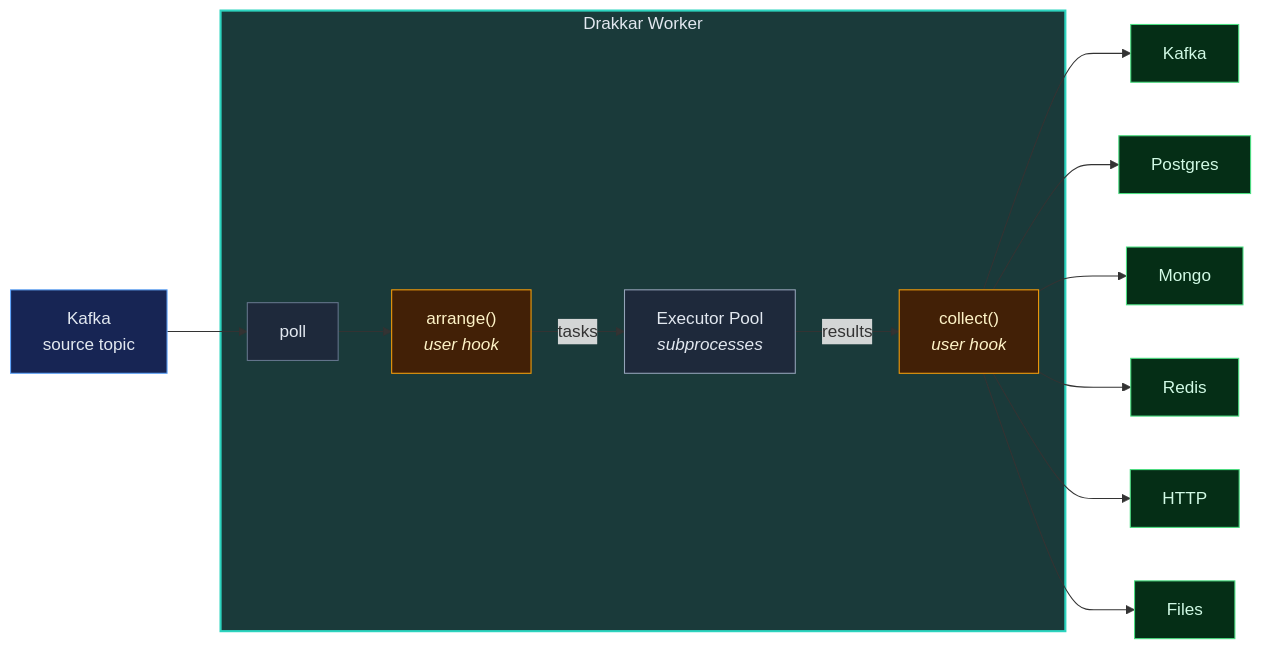
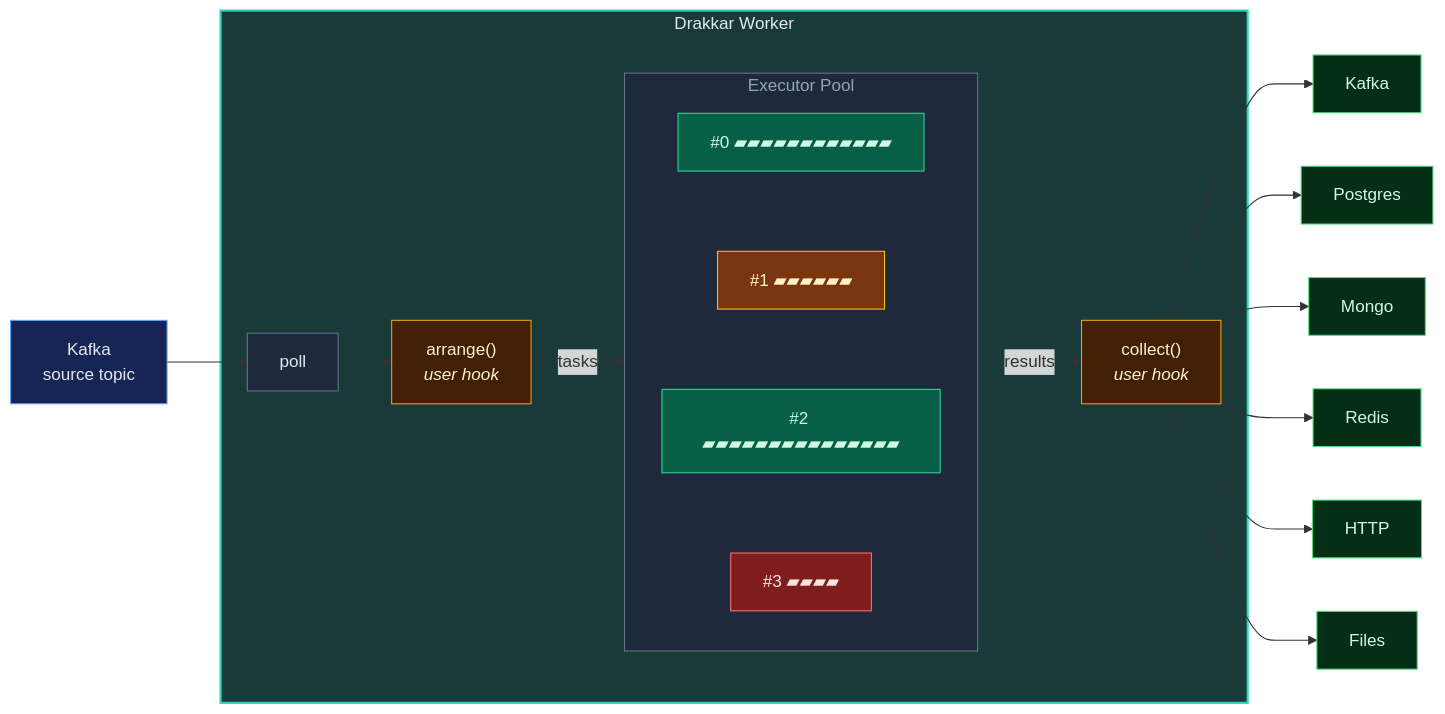
The second of 2 diagrams in docs/index.md (wlame/drakkar), drawn with Mermaid before and after one commit. The commit also changed other lines of this file, not shown here.

Commit message:
Executors representation on the Architecture scheme.

````diff
--- a/docs/index.md
+++ b/docs/index.md
@@ -43,30 +55,42 @@
 ```mermaid
 flowchart LR
     K["Kafka\nsource topic"] --> P["poll"]
 
     subgraph worker ["Drakkar Worker"]
         P --> A["arrange()\n<i>user hook</i>"]
-        A -- "tasks" --> E["Executor Pool\n<i>subprocesses</i>"]
-        E -- "results" --> C["collect()\n<i>user hook</i>"]
+        subgraph pool ["Executor Pool"]
+            direction TB
+            S0["#0 ▰▰▰▰▰▰▰▰▰▰▰▰"]
+            S1["#1 ▰▰▰▰▰▰"]
+            S2["#2 ▰▰▰▰▰▰▰▰▰▰▰▰▰▰▰"]
+            S3["#3 ▰▰▰▰"]
+            S0 ~~~ S1 ~~~ S2 ~~~ S3
+        end
+        A -- "tasks" --> pool
+        pool -- "results" --> C["collect()\n<i>user hook</i>"]
     end
 
     C --> SK["Kafka"]
     C --> SP["Postgres"]
     C --> SM["Mongo"]
     C --> SR["Redis"]
     C --> SH["HTTP"]
     C --> SF["Files"]
 
     style worker fill:#1a3a3a,stroke:#2dd4bf,stroke-width:2px,color:#e2e8f0
+    style pool fill:#1e293b,stroke:#64748b,stroke-width:1px,color:#94a3b8
     style P fill:#1e293b,stroke:#64748b,color:#e2e8f0
     style K fill:#172554,stroke:#60a5fa,color:#e2e8f0
     style A fill:#422006,stroke:#f59e0b,color:#fef3c7
     style C fill:#422006,stroke:#f59e0b,color:#fef3c7
-    style E fill:#1e293b,stroke:#94a3b8,color:#e2e8f0
+    style S0 fill:#065f46,stroke:#34d399,color:#d1fae5
+    style S1 fill:#78350f,stroke:#fbbf24,color:#fef3c7
+    style S2 fill:#065f46,stroke:#34d399,color:#d1fae5
+    style S3 fill:#7f1d1d,stroke:#f87171,color:#fee2e2
     style SK fill:#052e16,stroke:#4ade80,color:#d1fae5
     style SP fill:#052e16,stroke:#4ade80,color:#d1fae5
     style SM fill:#052e16,stroke:#4ade80,color:#d1fae5
     style SR fill:#052e16,stroke:#4ade80,color:#d1fae5
     style SH fill:#052e16,stroke:#4ade80,color:#d1fae5
     style SF fill:#052e16,stroke:#4ade80,color:#d1fae5
 ```
````
